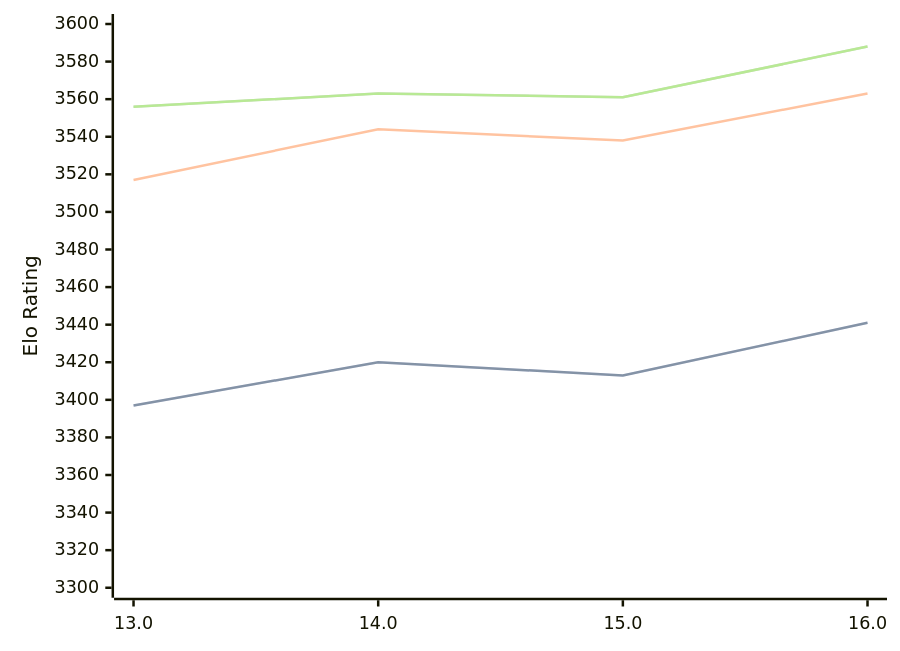
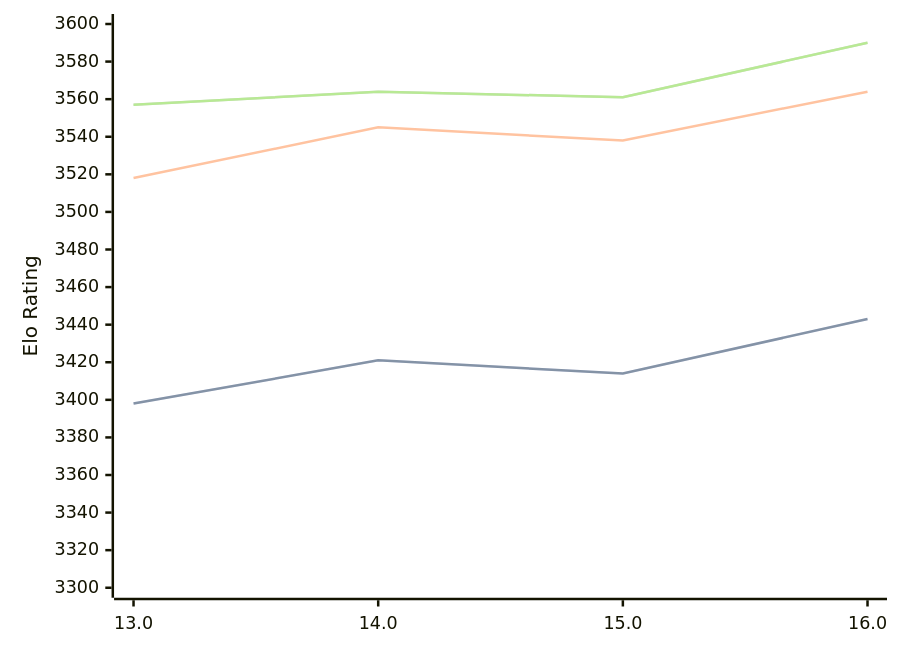
The diagram in engines/Obsidian.md (computer-chess-index/cci), drawn with Mermaid before and after one commit. The commit also changed other lines of this file, not shown here.

Commit message:
Update CCI Ratings (ELO VLTC) - 2026-09-13

````diff
--- a/engines/Obsidian.md
+++ b/engines/Obsidian.md
@@ -34,11 +34,11 @@
 ```mermaid
 %%{init: {"theme":"base","themeVariables":{"seriesColors:['#a3a3a3','#222221','#faa371']}}}%%
 xychart-beta
   x-axis ["13.0", "14.0", "15.0", "16.0"]
   y-axis "Elo Rating" 3300 --> 3600
-  line "" [3397, 3420, 3413, 3441]
-  line "STC (8.0+0.08s)" [3397, 3420, 3413, 3441]
-  line "LTC (60.0+0.60s)" [3517, 3544, 3538, 3563]
-  line "" [3556, 3563, 3561, 3588]
-  line "VLTC (2m24s+1.12s)" [3556, 3563, 3561, 3588]
+  line "" [3398, 3421, 3414, 3443]
+  line "STC (8.0+0.08s)" [3398, 3421, 3414, 3443]
+  line "LTC (60.0+0.60s)" [3518, 3545, 3538, 3564]
+  line "" [3557, 3564, 3561, 3590]
+  line "VLTC (2m24s+1.12s)" [3557, 3564, 3561, 3590]
 ```
````
